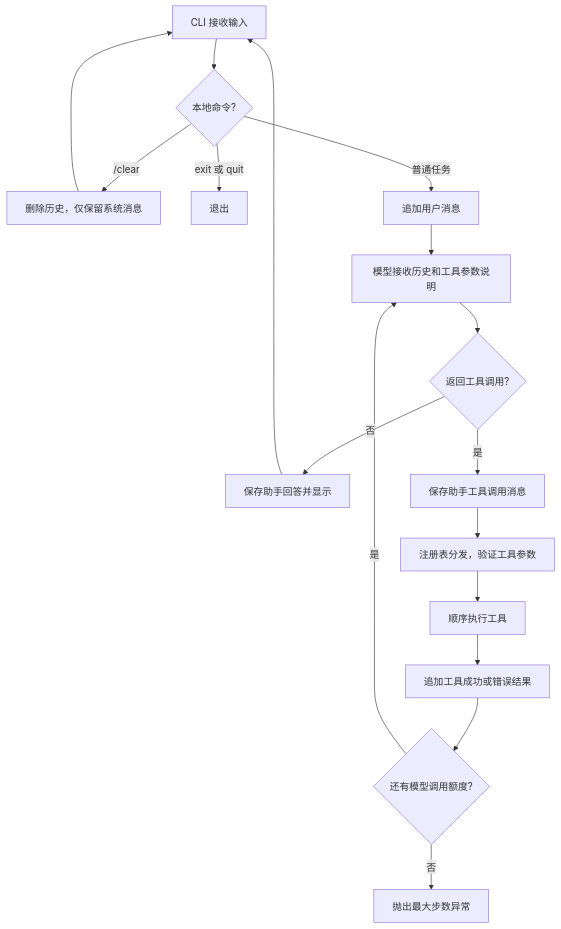
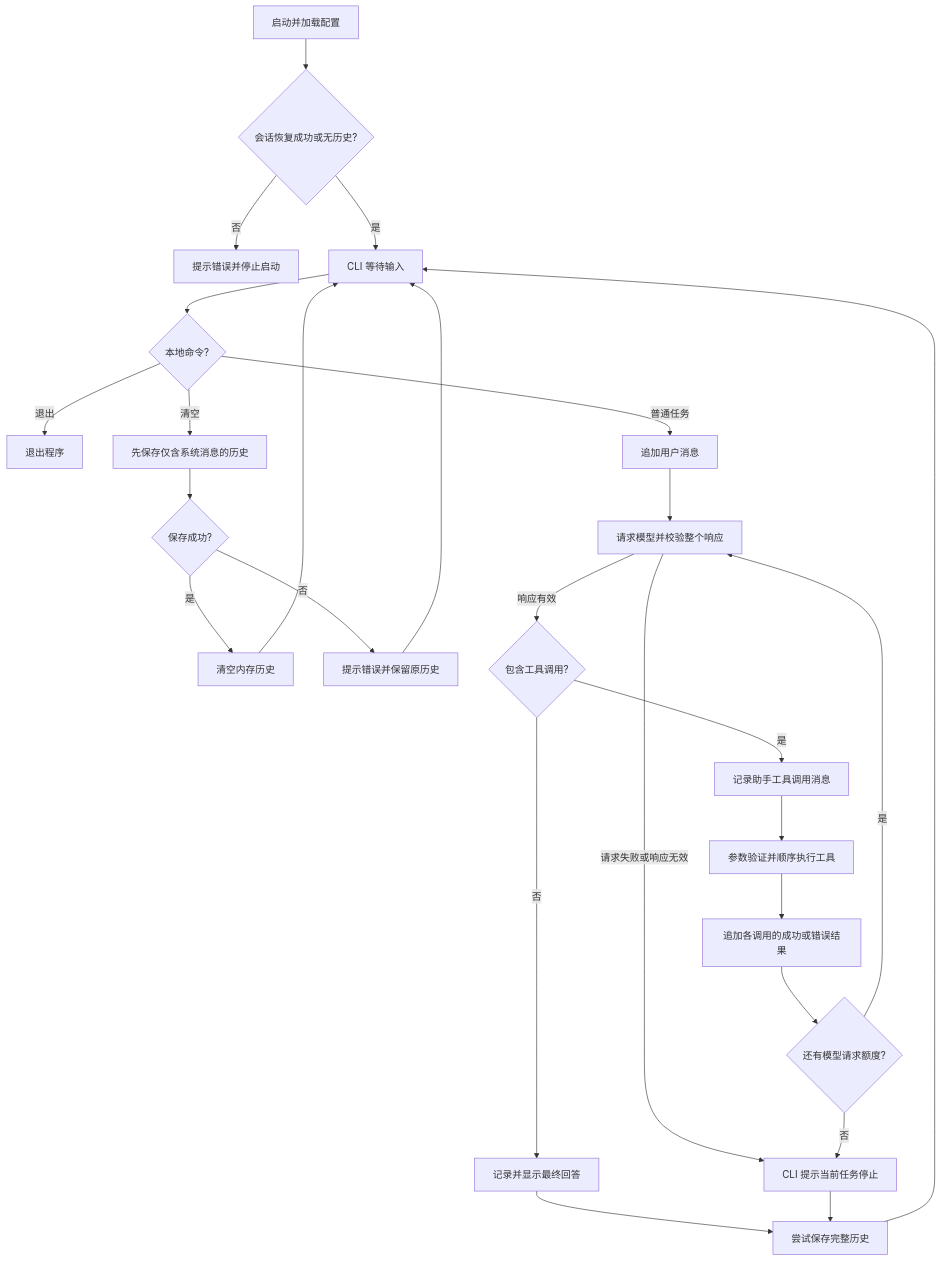
Before and after one commit to ZIPNO996/ZipClaw: the diagram in README.md, drawn with Mermaid. The commit also changed other lines of this file and 1 other file, not shown here.

````diff
--- a/README.md
+++ b/README.md
@@ -220,19 +260,28 @@
 ```mermaid
 flowchart TD
-    A[CLI 接收输入] --> B{本地命令?}
-    B -->|/clear| C[删除历史，仅保留系统消息]
-    C --> A
-    B -->|exit 或 quit| D[退出]
+    S[启动并加载配置] --> R{会话恢复成功或无历史?}
+    R -->|否| X[提示错误并停止启动]
+    R -->|是| A[CLI 等待输入]
+    A --> B{本地命令?}
+    B -->|退出| D[退出程序]
+    B -->|清空| C[先保存仅含系统消息的历史]
+    C --> C2{保存成功?}
+    C2 -->|是| C3[清空内存历史]
+    C3 --> A
+    C2 -->|否| C4[提示错误并保留原历史]
+    C4 --> A
     B -->|普通任务| E[追加用户消息]
-    E --> F[模型接收历史和工具参数说明]
-    F --> G{返回工具调用?}
-    G -->|否| H[保存助手回答并显示]
-    H --> A
-    G -->|是| I[保存助手工具调用消息]
-    I --> J[注册表分发，验证工具参数]
-    J --> K[顺序执行工具]
-    K --> L[追加工具成功或错误结果]
-    L --> M{还有模型调用额度?}
+    E --> F[请求模型并校验整个响应]
+    F -->|请求失败或响应无效| Q[CLI 提示当前任务停止]
+    F -->|响应有效| G{包含工具调用?}
+    G -->|否| H[记录并显示最终回答]
+    G -->|是| I[记录助手工具调用消息]
+    I --> J[参数验证并顺序执行工具]
+    J --> L[追加各调用的成功或错误结果]
+    L --> M{还有模型请求额度?}
     M -->|是| F
-    M -->|否| N[抛出最大步数异常]
+    M -->|否| Q
+    H --> P[尝试保存完整历史]
+    Q --> P
+    P --> A
 ```
````
